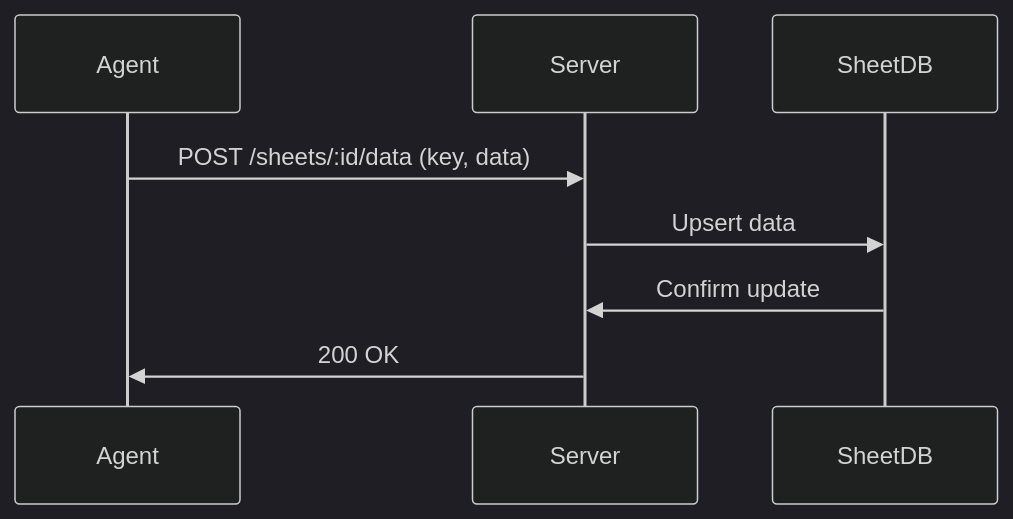
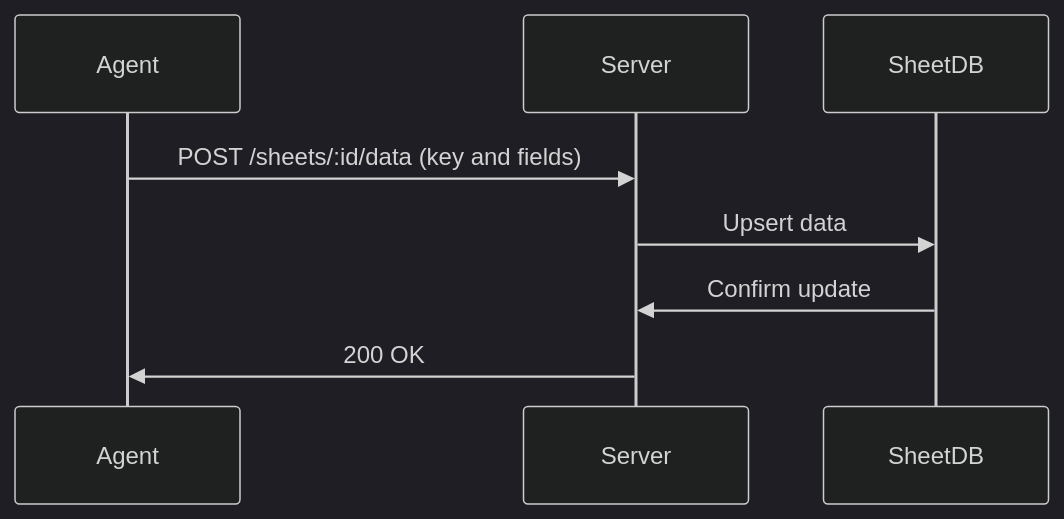
Before and after one commit to jorisvddonk/sheetbot: the fourth of 4 diagrams in README.md, drawn with Mermaid (dark theme). The commit also changed other lines of this file and 10 other files, not shown here.

````diff
--- a/README.md
+++ b/README.md
@@ -270,11 +270,11 @@
 ```mermaid
 sequenceDiagram
     participant Agent
     participant Server
     participant SheetDB
 
-    Agent->>Server: POST /sheets/:id/data (key, data)
+    Agent->>Server: POST /sheets/:id/data (key and fields)
     Server->>SheetDB: Upsert data
     SheetDB->>Server: Confirm update
     Server->>Agent: 200 OK
 ```
````
